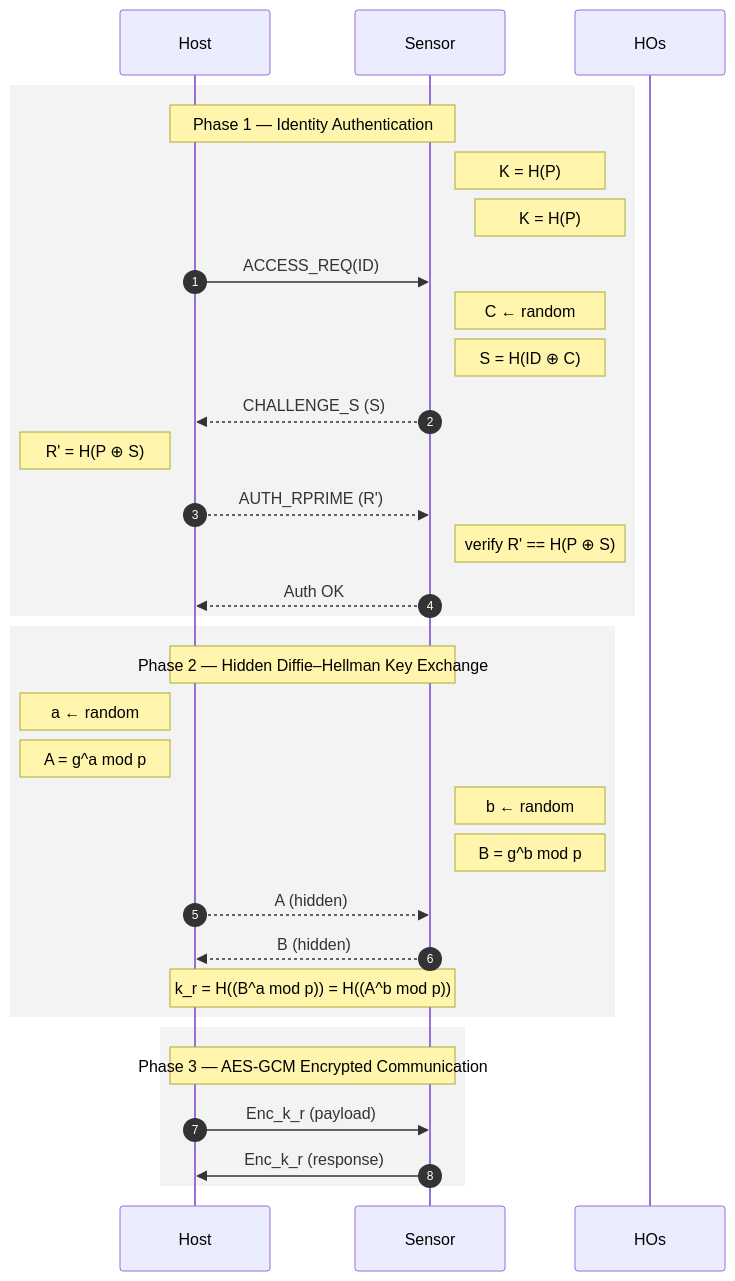
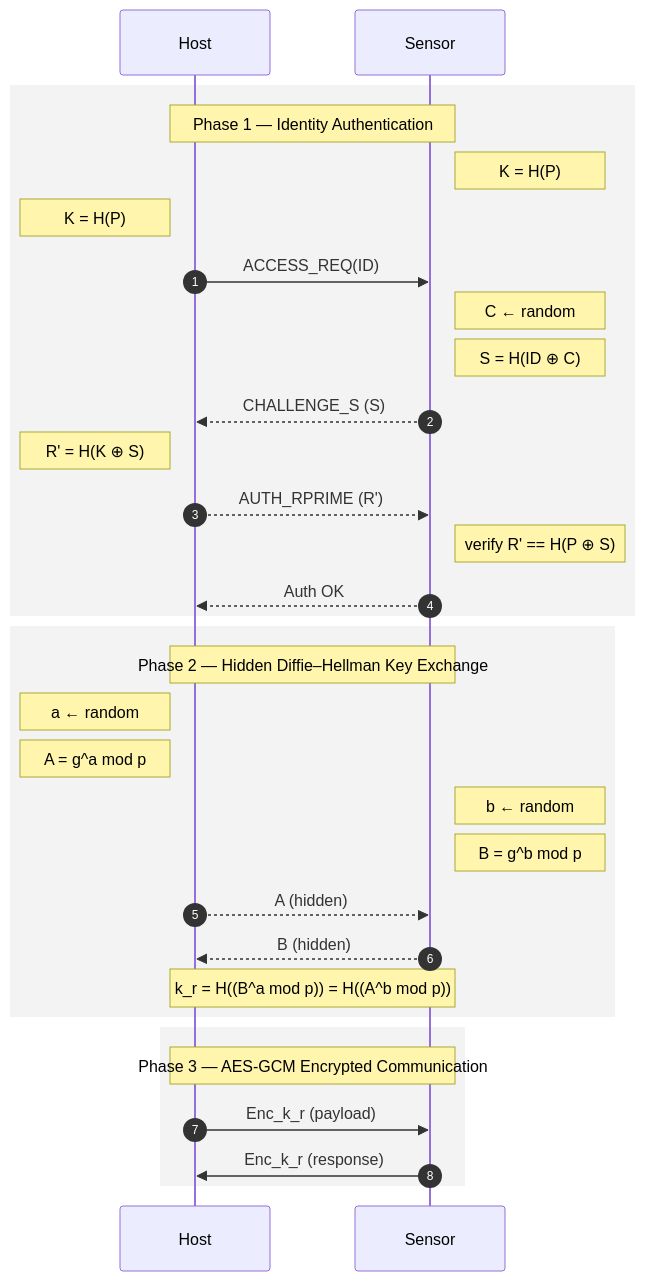
One commit to TracerWWW/iodraw-files changed the diagram in all/kr.md. Above: the diagram before and after it, drawn with Mermaid.

Commit message:
2026-01-30 02:46:42 update

````diff
--- a/all/kr.md
+++ b/all/kr.md
@@ -1,60 +1,60 @@
 ```mermaid
 sequenceDiagram
     autonumber
     participant Host
     participant Sensor
 
     %% =========================
     %% Phase 1: Identity Authentication
     %% =========================
     rect rgba(220,220,220,0.35)
     Note over Host,Sensor: Phase 1 — Identity Authentication
 
     Note right of Sensor: K = H(P)
-    Note left of HOs: K = H(P)
+    Note left of Host: K = H(P)
 
     Host->>Sensor: ACCESS_REQ(ID)
 
     Note right of Sensor: C ← random
     Note right of Sensor: S = H(ID ⊕ C)
 
     Sensor-->>Host: CHALLENGE_S (S)
 
-    Note left of Host: R' = H(P ⊕ S)
+    Note left of Host: R' = H(K ⊕ S)
 
     Host-->>Sensor: AUTH_RPRIME (R')
 
     Note right of Sensor: verify R' == H(P ⊕ S)
 
     Sensor-->>Host: Auth OK
     end
 
     %% =========================
     %% Phase 2: Hidden Diffie–Hellman
     %% =========================
     rect rgba(220,220,220,0.35)
     Note over Host,Sensor: Phase 2 — Hidden Diffie–Hellman Key Exchange
 
     Note left of Host: a ← random
     Note left of Host: A = g^a mod p
 
     Note right of Sensor: b ← random
     Note right of Sensor: B = g^b mod p
 
     Host-->>Sensor: A (hidden)
     Sensor-->>Host: B (hidden)
 
     Note over Host,Sensor: k_r = H((B^a mod p)) = H((A^b mod p))
     end
 
     %% =========================
     %% Phase 3: Encrypted Communication
     %% =========================
     rect rgba(220,220,220,0.35)
     Note over Host,Sensor: Phase 3 — AES-GCM Encrypted Communication
 
     Host->>Sensor: Enc_k_r (payload)
     Sensor->>Host: Enc_k_r (response)
     end
 
 ```
````
